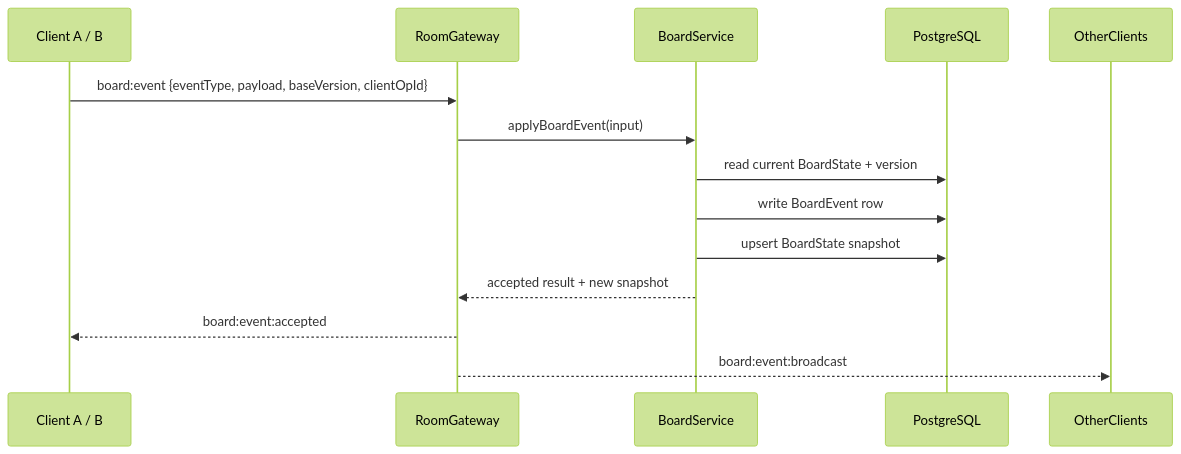
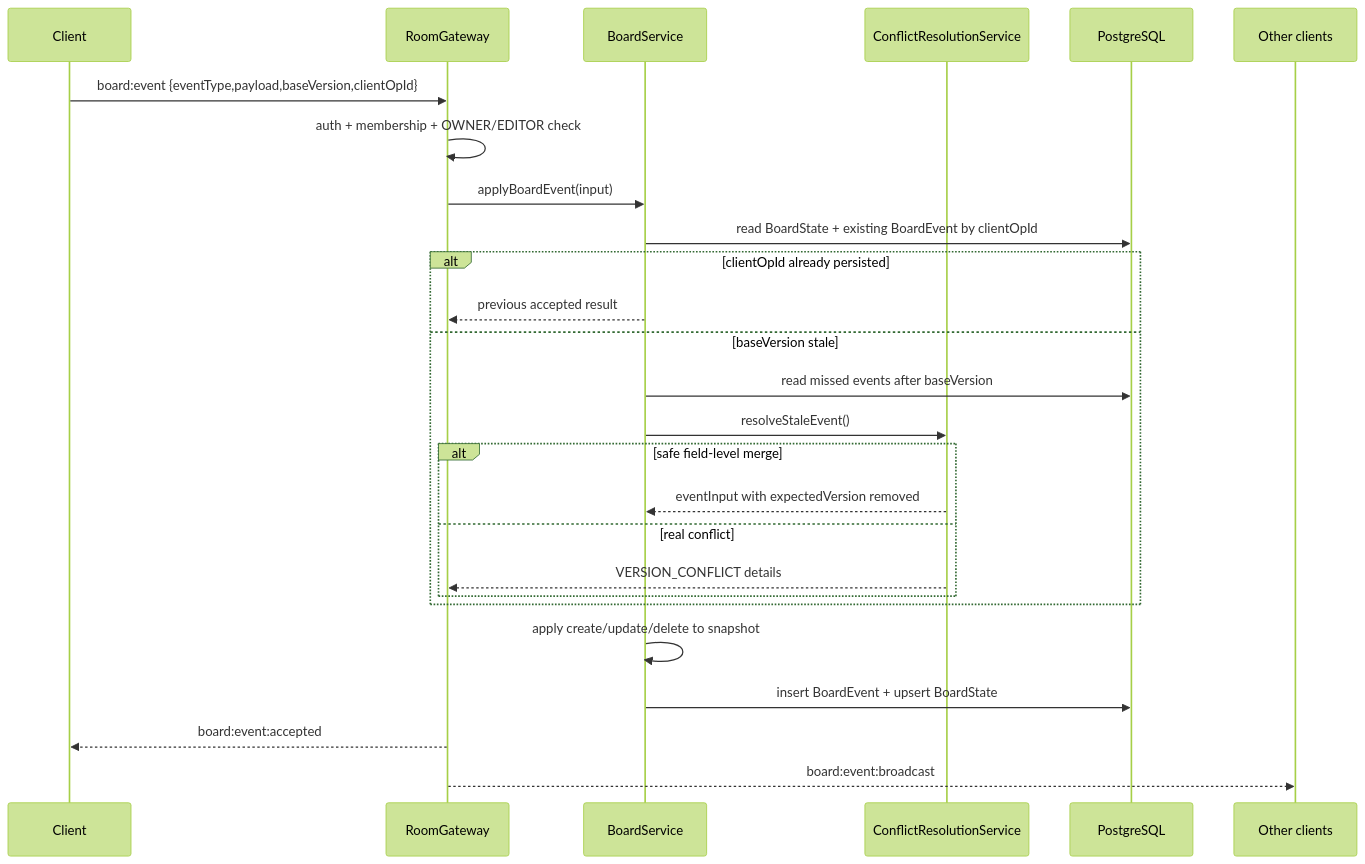
The sixth of 19 diagrams in REPO_REPORT.md (phapsucongu/white-board), drawn with Mermaid (forest theme) before and after one commit. The commit also changed other lines of this file, not shown here.

````diff
--- a/REPO_REPORT.md
+++ b/REPO_REPORT.md
@@ -213,16 +407,29 @@
 ```mermaid
 sequenceDiagram
-  participant Client as Client A / B
+  participant Client
   participant Gateway as RoomGateway
   participant Board as BoardService
+  participant Conflict as ConflictResolutionService
   participant DB as PostgreSQL
+  participant Others as Other clients
 
-  Client->>Gateway: board:event {eventType, payload, baseVersion, clientOpId}
+  Client->>Gateway: board:event {eventType,payload,baseVersion,clientOpId}
+  Gateway->>Gateway: auth + membership + OWNER/EDITOR check
   Gateway->>Board: applyBoardEvent(input)
-  Board->>DB: read current BoardState + version
-  Board->>DB: write BoardEvent row
-  Board->>DB: upsert BoardState snapshot
-  Board-->>Gateway: accepted result + new snapshot
+  Board->>DB: read BoardState + existing BoardEvent by clientOpId
+  alt clientOpId already persisted
+    Board-->>Gateway: previous accepted result
+  else baseVersion stale
+    Board->>DB: read missed events after baseVersion
+    Board->>Conflict: resolveStaleEvent()
+    alt safe field-level merge
+      Conflict-->>Board: eventInput with expectedVersion removed
+    else real conflict
+      Conflict-->>Gateway: VERSION_CONFLICT details
+    end
+  end
+  Board->>Board: apply create/update/delete to snapshot
+  Board->>DB: insert BoardEvent + upsert BoardState
   Gateway-->>Client: board:event:accepted
-  Gateway-->>OtherClients: board:event:broadcast
+  Gateway-->>Others: board:event:broadcast
 ```
````
